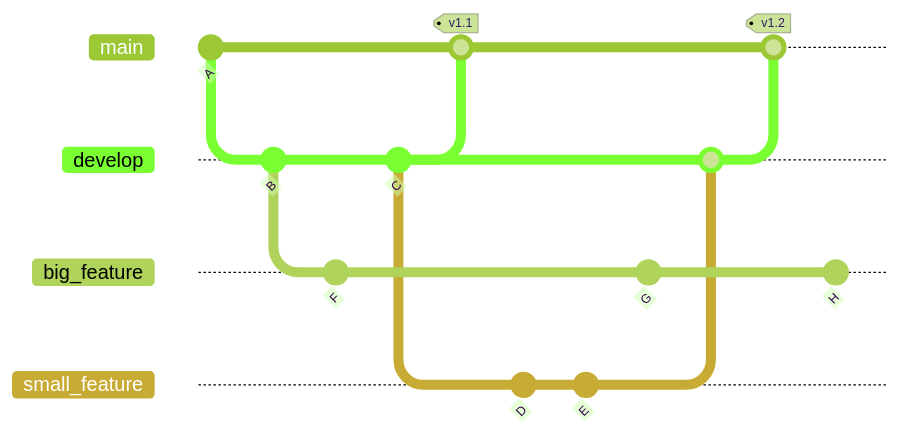
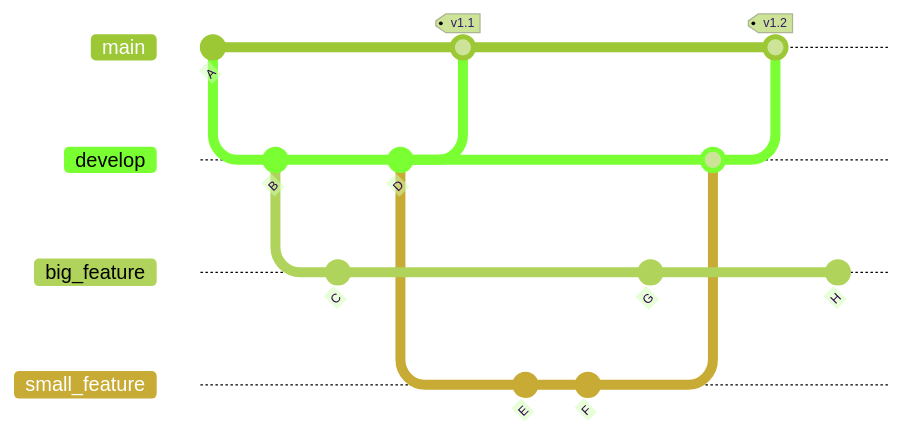
Before and after one commit to OxfordRSE/softeng-daycourse: the fifth of 6 diagrams in modules/version-control.md, drawn with Mermaid (forest theme). The commit also changed other lines of this file and 37 other files, not shown here.

Commit message:
Improve flow; add practical details

````diff
--- a/modules/version-control.md
+++ b/modules/version-control.md
@@ -231,24 +335,24 @@
 ```mermaid
 gitGraph
   commit id: "A"
   branch develop
   commit id: "B"
   branch big_feature
-  commit id: "F"
+  commit id: "C"
   checkout develop
-  commit id: "C"
+  commit id: "D"
   checkout main
   merge develop tag: "v1.1"
   checkout develop
   branch small_feature
-  commit id: "D"
   commit id: "E"
+  commit id: "F"
   checkout big_feature
   commit id: "G"
   checkout develop
   merge small_feature
   checkout main
   merge develop tag: "v1.2"
   checkout big_feature
   commit id: "H"
 ```
````
